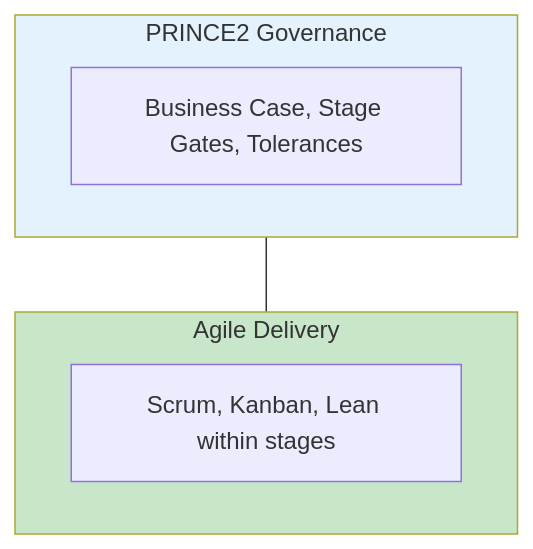
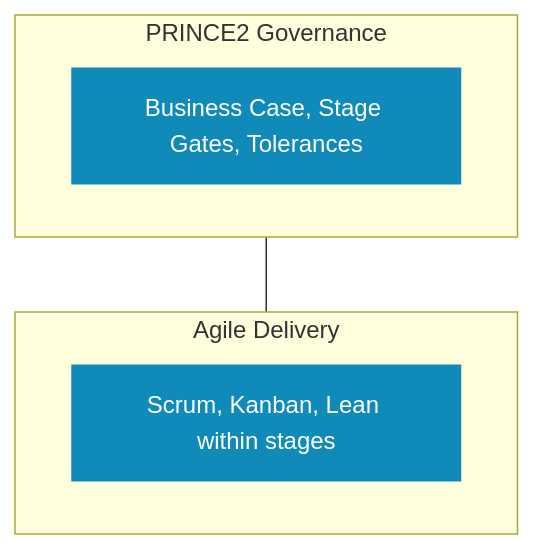
The second of 3 diagrams in _pages/methodologies/hybrid.md (kevinmcaleer/kevstemplates.com), drawn with Mermaid before and after one commit. The commit also changed other lines of this file and 72 other files, not shown here.

```diff
--- a/_pages/methodologies/hybrid.md
+++ b/_pages/methodologies/hybrid.md
@@ -86,13 +85,13 @@
 <div class="mermaid">
 flowchart TB
     subgraph gov["PRINCE2 Governance"]
         G1["Business Case, Stage Gates, Tolerances"]
     end
     subgraph del["Agile Delivery"]
         D1["Scrum, Kanban, Lean within stages"]
     end
     gov --- del
 
-    style gov fill:#e3f2fd
-    style del fill:#c8e6c9
+    classDef blue fill:#108BB9,stroke:none,color:#fff
+    class G1,D1 blue
 </div>
```
